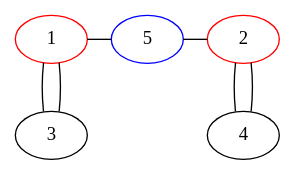
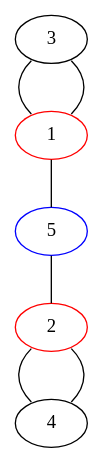
Before and after one commit to bilboquet/gamelib: the diagram in sprouts/start_2_nodes/1221.dot, drawn with Graphviz. The commit also changed 15 other files, not shown here.

```diff
--- a/sprouts/start_2_nodes/1221.dot
+++ b/sprouts/start_2_nodes/1221.dot
@@ -1,18 +1,14 @@
 graph {
-  1 -- 3 -- 1;
-  2 -- 4 -- 2;
+  1 -- 3 [tailport="nw", headport="sw"];
+  1 -- 3 [tailport="ne", headport="se"];
+  2 -- 4 [tailport="sw", headport="nw"];
+  2 -- 4 [tailport="se", headport="ne"];
   1 -- 5 -- 2;
-
   {
-    rank="same";
-    1;
-    5;
-    2;
-
+    rank="min";
+    3;
   }
-
   1 [color="red"];
   2 [color="red"];
   5 [color="blue"];
-
 }
```
